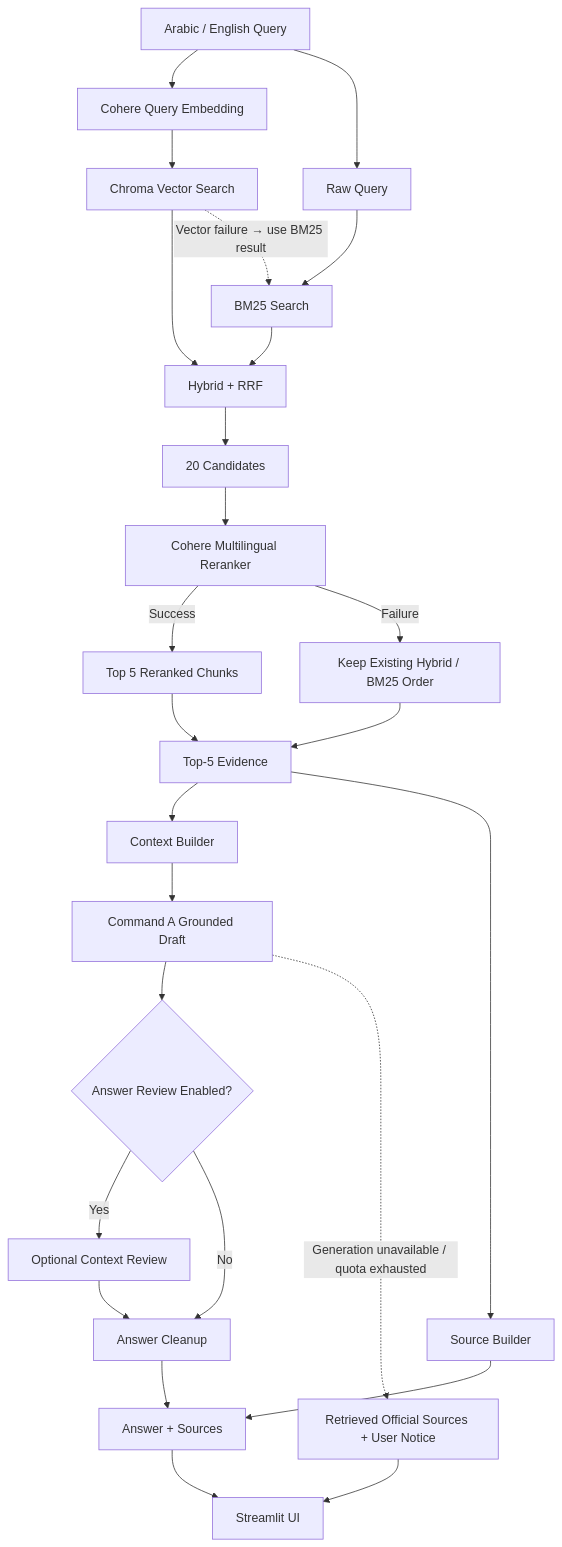
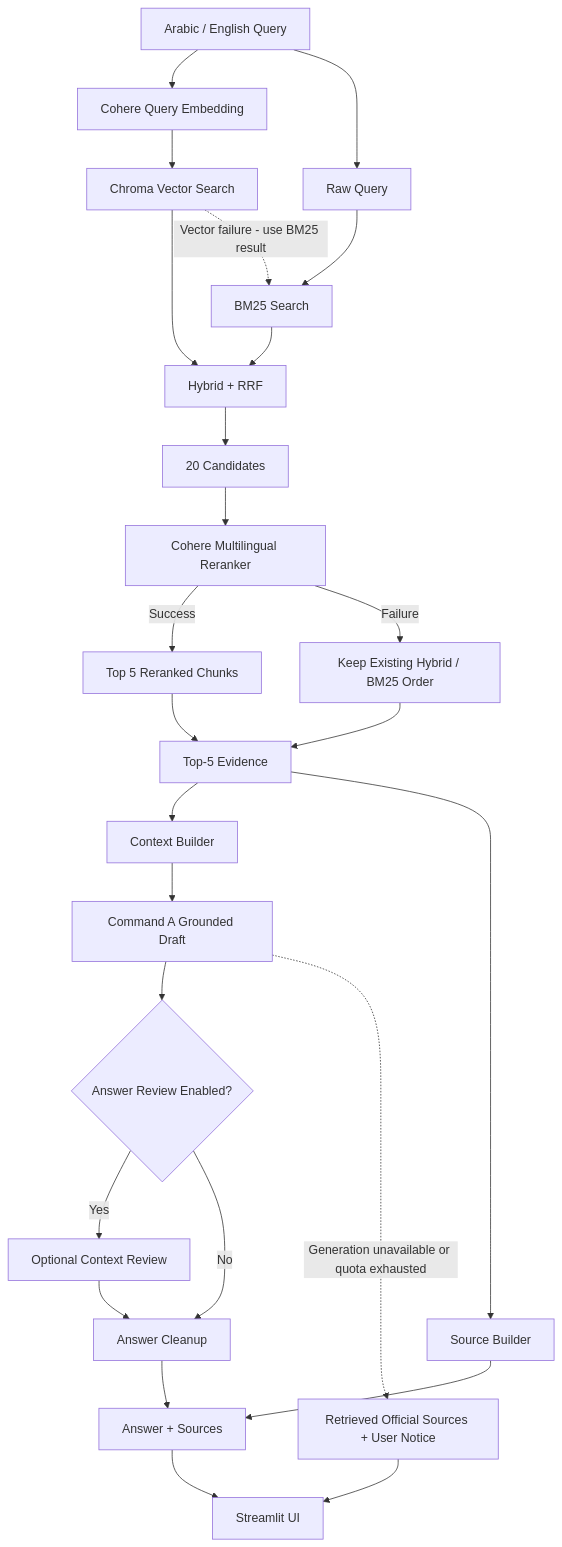
The first of 6 diagrams in README.md (xmohamedtariq/Yemen_Opportunity_Navigator_RAG), drawn with Mermaid before and after one commit. The commit also changed other lines of this file and 2 other files, not shown here.

````diff
--- a/README.md
+++ b/README.md
@@ -102,39 +102,39 @@
 ```mermaid
 flowchart TD
     A["Arabic / English Query"]
 
     A --> B["Cohere Query Embedding"]
     A --> C["Raw Query"]
 
     B --> D["Chroma Vector Search"]
     C --> E["BM25 Search"]
 
     D --> F["Hybrid + RRF"]
     E --> F
 
     F --> G["20 Candidates"]
     G --> H["Cohere Multilingual Reranker"]
 
     H -->|Success| I["Top 5 Reranked Chunks"]
     H -->|Failure| J["Keep Existing Hybrid / BM25 Order"]
 
     I --> K["Top-5 Evidence"]
     J --> K
 
     K --> L["Context Builder"]
     K --> M["Source Builder"]
 
     L --> N["Command A Grounded Draft"]
     N --> O{"Answer Review Enabled?"}
     O -->|Yes| P["Optional Context Review"]
     O -->|No| Q["Answer Cleanup"]
     P --> Q
 
     Q --> R["Answer + Sources"]
     M --> R
     R --> S["Streamlit UI"]
 
-    D -. "Vector failure → use BM25 result" .-> E
-    N -. "Generation unavailable / quota exhausted" .-> T["Retrieved Official Sources + User Notice"]
+    D -. Vector failure - use BM25 result .-> E
+    N -. Generation unavailable or quota exhausted .-> T["Retrieved Official Sources + User Notice"]
     T --> S
 ```
````
